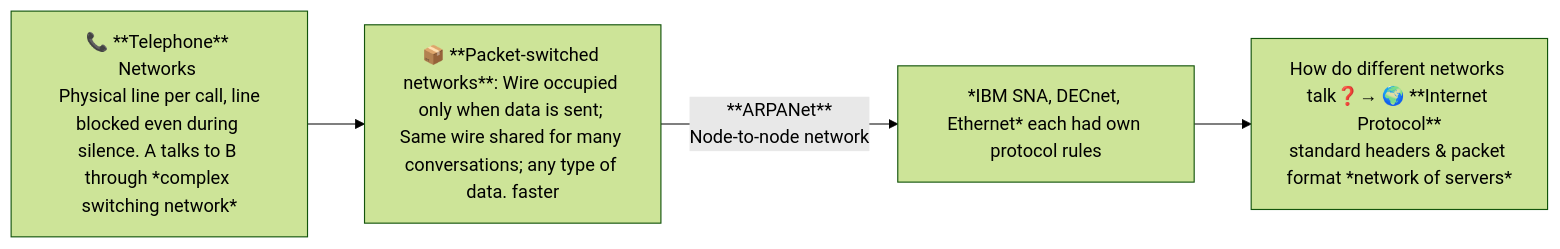
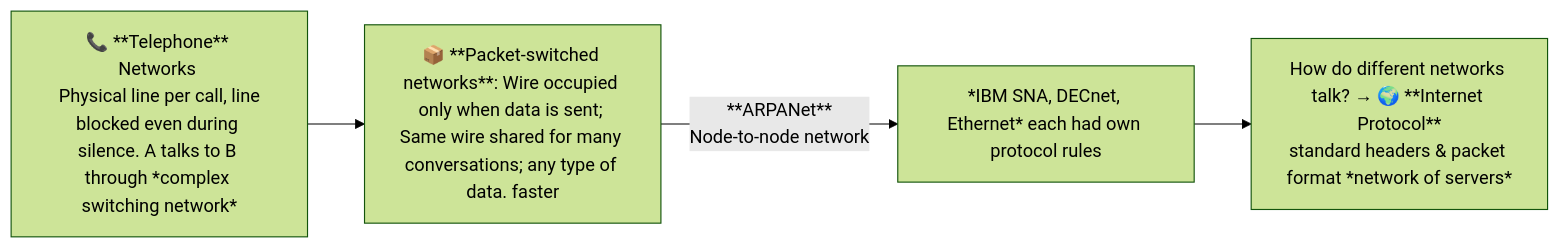
One commit to 24f2007780/app-dev-book changed the first of 3 diagrams in docs/appdev-I-theory/week1/1-network-history-TCP.md. Above: the diagram before and after it, drawn with Mermaid (forest theme). The commit also changed other lines of this file and 196 other files, not shown here.

````diff
--- a/docs/appdev-I-theory/week1/1-network-history-TCP.md
+++ b/docs/appdev-I-theory/week1/1-network-history-TCP.md
@@ -7,11 +7,11 @@
 ```mermaid
 flowchart LR
     %% --- TOP BLOCK: Networking History & Protocols ---
     A["📞 **Telephone** Networks <br> Physical line per call, line blocked even during silence. A talks to B through *complex switching network*"]
     B["📦 **Packet-switched networks**: Wire occupied only when data is sent; Same wire shared for many conversations; any type of data. faster"]
     proto["*IBM SNA, DECnet, Ethernet* each had own protocol rules"]
-    C["How do different networks talk❓→ 🌍 **Internet Protocol**<br>standard headers & packet format *network of servers*"]
+    C["How do different networks talk? → 🌍 **Internet Protocol**<br>standard headers & packet format *network of servers*"]
 
     A --> B --"**ARPANet**<br>Node-to-node network"--> proto  --> C
 
 ```
````
